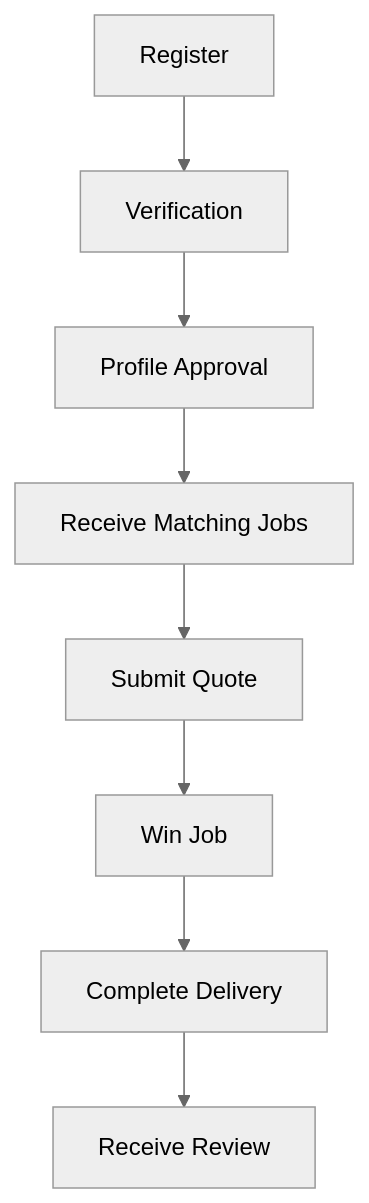
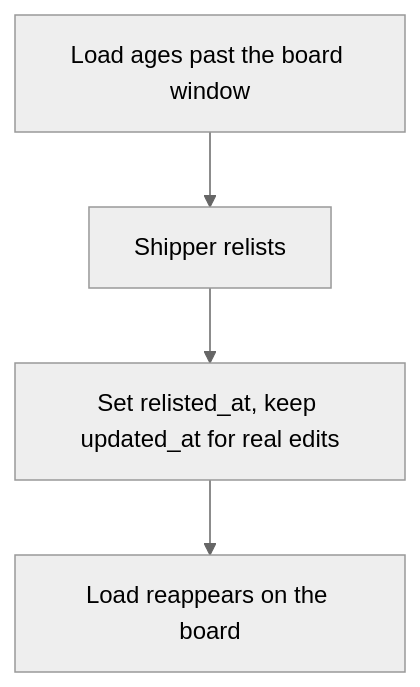
Before and after one commit to arbpra/freightmove-redesign: the fourth of 7 diagrams in docs/07-workflows-and-diagrams.md, drawn with Mermaid (neutral theme). The commit also changed other lines of this file and 13 other files, not shown here.

````diff
--- a/docs/07-workflows-and-diagrams.md
+++ b/docs/07-workflows-and-diagrams.md
@@ -28,10 +75,6 @@
 ```mermaid
 flowchart TD
-    A[Register] --> B[Verification]
-    B --> C[Profile Approval]
-    C --> D[Receive Matching Jobs]
-    D --> E[Submit Quote]
-    E --> F[Win Job]
-    F --> G[Complete Delivery]
-    G --> H[Receive Review]
+    A[Load ages past the board window] --> B[Shipper relists]
+    B --> C[Set relisted_at, keep updated_at for real edits]
+    C --> D[Load reappears on the board]
 ```
````
